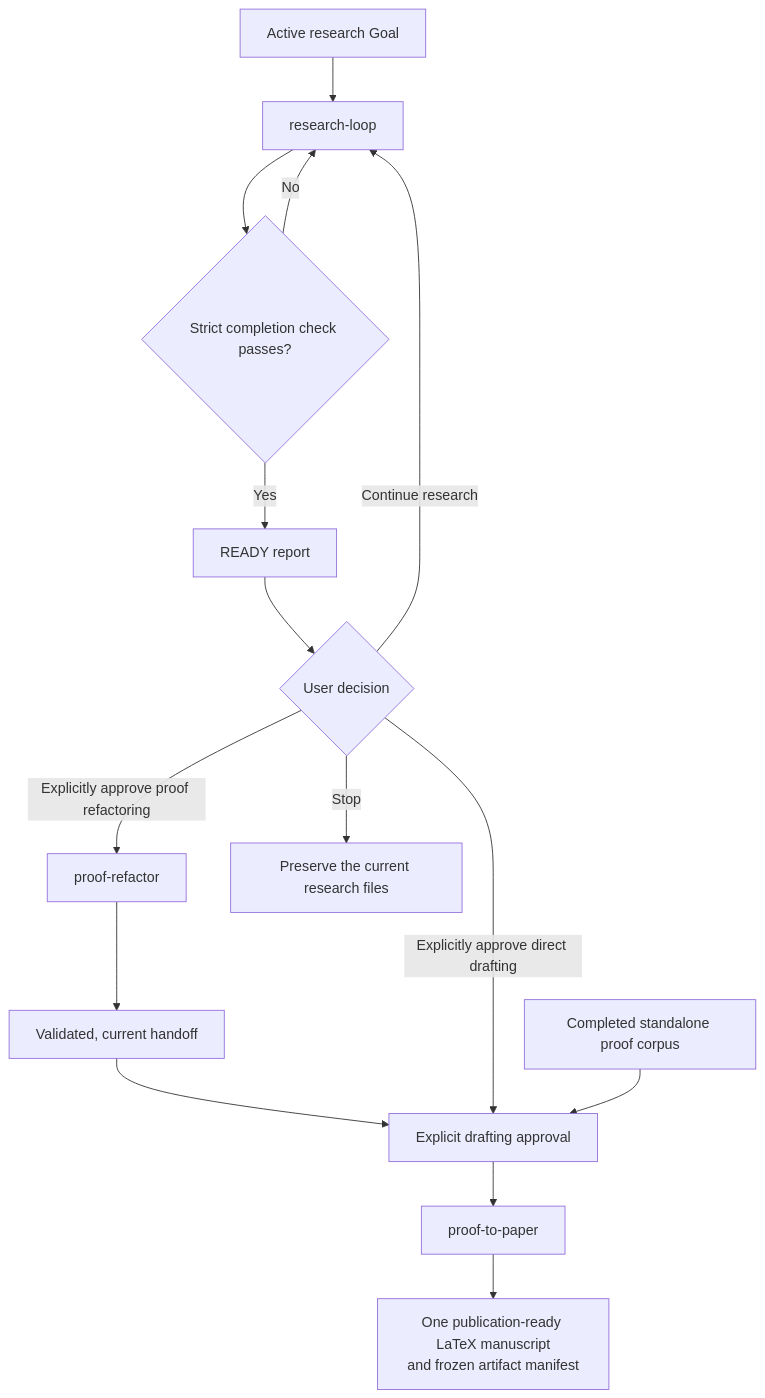
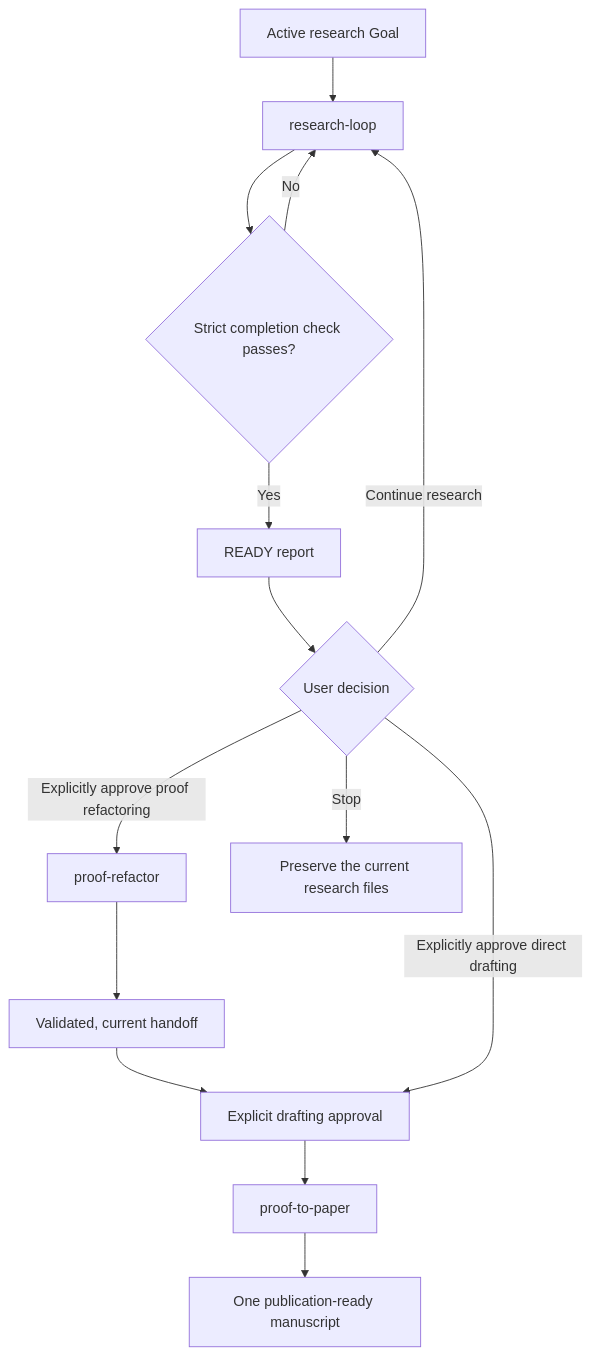
The diagram in README.md (pandaycxie/math-research-workflow), drawn with Mermaid before and after one commit. The commit also changed other lines of this file and 7 other files, not shown here.

````diff
--- a/README.md
+++ b/README.md
@@ -30,17 +30,16 @@
 ```mermaid
 flowchart TD
     G["Active research Goal"] --> RL["research-loop"]
     RL --> C{"Strict completion check passes?"}
     C -- "No" --> RL
     C -- "Yes" --> R["READY report"]
     R --> D{"User decision"}
     D -- "Continue research" --> RL
     D -- "Explicitly approve proof refactoring" --> PR["proof-refactor"]
     PR --> H["Validated, current handoff"]
     H --> A["Explicit drafting approval"]
     D -- "Explicitly approve direct drafting" --> A
-    S["Completed standalone proof corpus"] --> A
     A --> PP["proof-to-paper"]
-    PP --> M["One publication-ready LaTeX manuscript<br/>and frozen artifact manifest"]
+    PP --> M["One publication-ready manuscript"]
     D -- "Stop" --> X["Preserve the current research files"]
 ```
````
